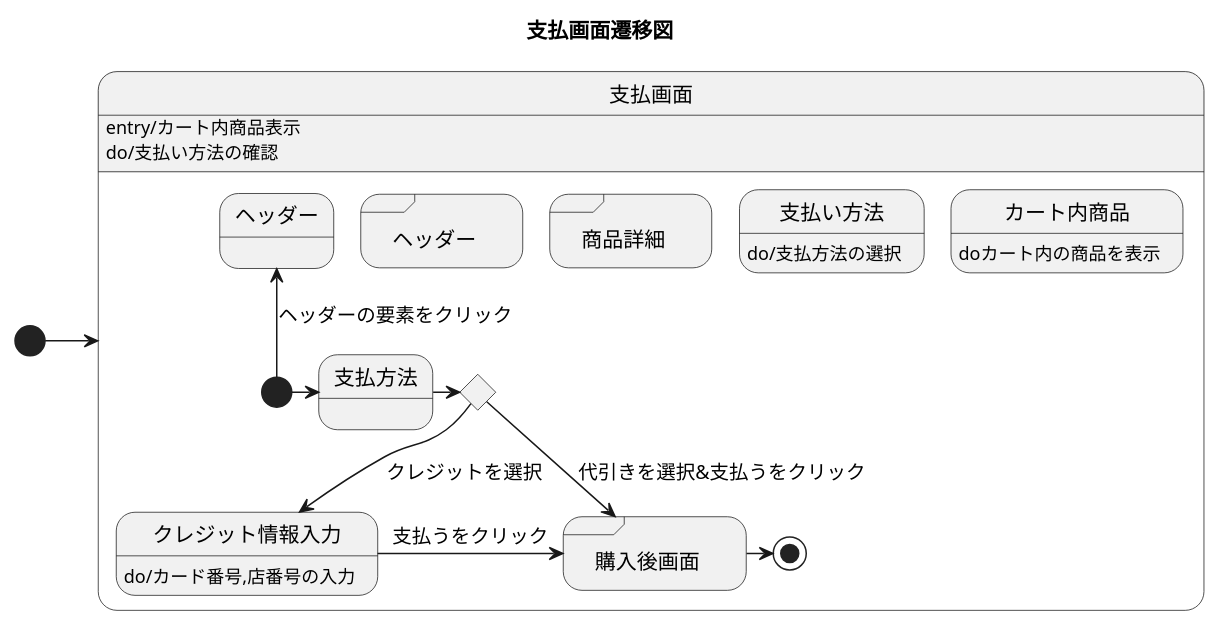
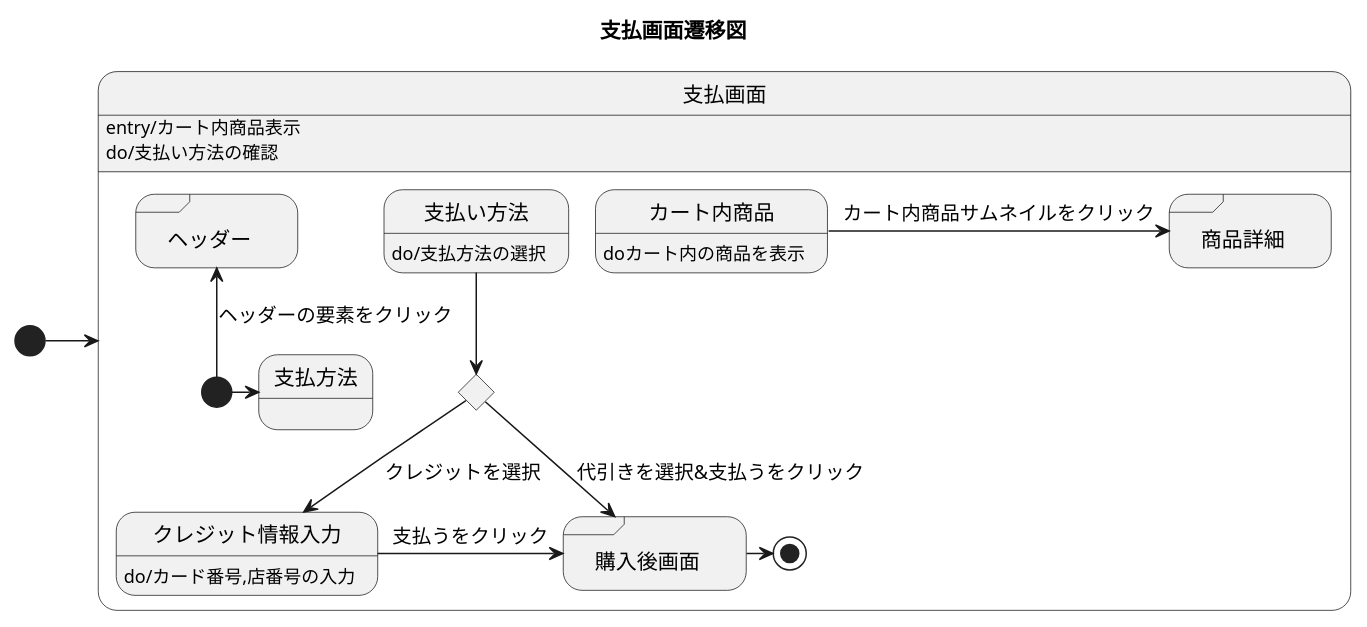
One commit to akutori/T-D-E changed the diagram in 支払画面.md. Above: the diagram before and after it, drawn with PlantUML.

Commit message:
追記と修正

````diff
--- a/支払画面.md
+++ b/支払画面.md
@@ -1,27 +1,29 @@
 ```uml
 @startuml
 title 支払画面遷移図
 state 支払画面:entry/カート内商品表示
 state 支払画面:do/支払い方法の確認
 
 [*]->支払画面
 
 state 支払画面{
     state input <<choice>>
     state "ヘッダー" as headder <<sdlreceive>>
     state "商品詳細" as detail <<sdlreceive>>
     state "購入後画面" as boughtpage <<sdlreceive>>
     state 支払い方法:do/支払方法の選択
     state クレジット情報入力:do/カード番号,店番号の入力
     state カート内商品:doカート内の商品を表示
 
     [*]->支払方法
-    支払方法->input
+    [*]-up->headder : ヘッダーの要素をクリック
+    支払い方法-->input
     input-> boughtpage : 代引きを選択&支払うをクリック
     input--> クレジット情報入力 : クレジットを選択
     クレジット情報入力 -> boughtpage : 支払うをクリック
+    カート内商品->detail : カート内商品サムネイルをクリック
+    
     boughtpage ->[*]
-    [*]-up->ヘッダー : ヘッダーの要素をクリック
 }
 @enduml
 ```
````
